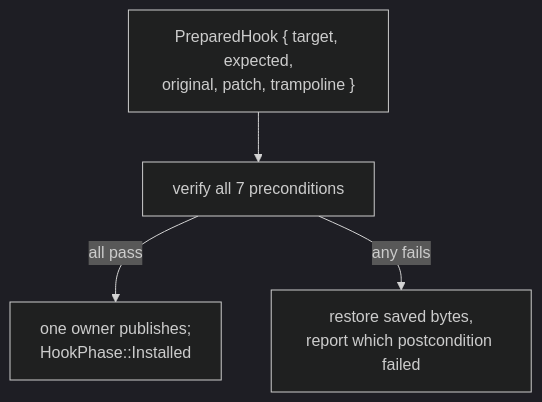
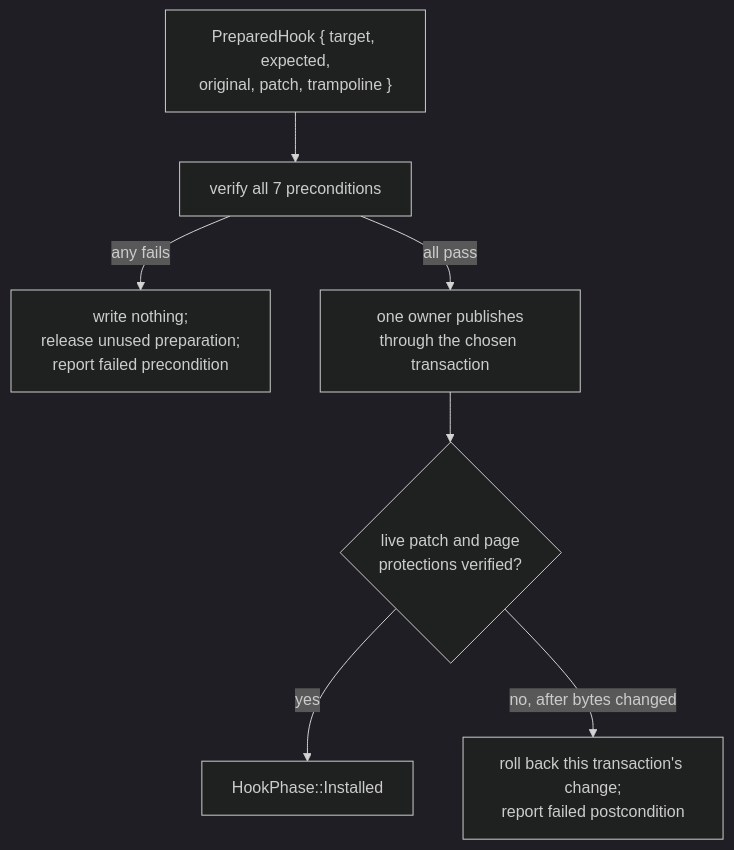
Before and after one commit to MustCodeAl/rust-game-hacking-book: the fourth of 4 diagrams in site/src/content/docs/pages/13/05.mdx, drawn with Mermaid (dark theme). The commit also changed other lines of this file and 112 other files, not shown here.

````diff
--- a/site/src/content/docs/pages/13/05.mdx
+++ b/site/src/content/docs/pages/13/05.mdx
@@ -146,6 +159,9 @@
 ```mermaid
 flowchart TD
     P["PreparedHook { target, expected,<br/>original, patch, trampoline }"] --> V["verify all 7 preconditions"]
-    V -->|"all pass"| PUB["one owner publishes;<br/>HookPhase::Installed"]
-    V -->|"any fails"| ROLL["restore saved bytes,<br/>report which postcondition failed"]
+    V -->|"any fails"| REJECT["write nothing;<br/>release unused preparation;<br/>report failed precondition"]
+    V -->|"all pass"| PUB["one owner publishes<br/>through the chosen transaction"]
+    PUB --> CHECK{"live patch and page<br/>protections verified?"}
+    CHECK -->|"yes"| INSTALLED["HookPhase::Installed"]
+    CHECK -->|"no, after bytes changed"| ROLL["roll back this transaction's change;<br/>report failed postcondition"]
 ```
````
